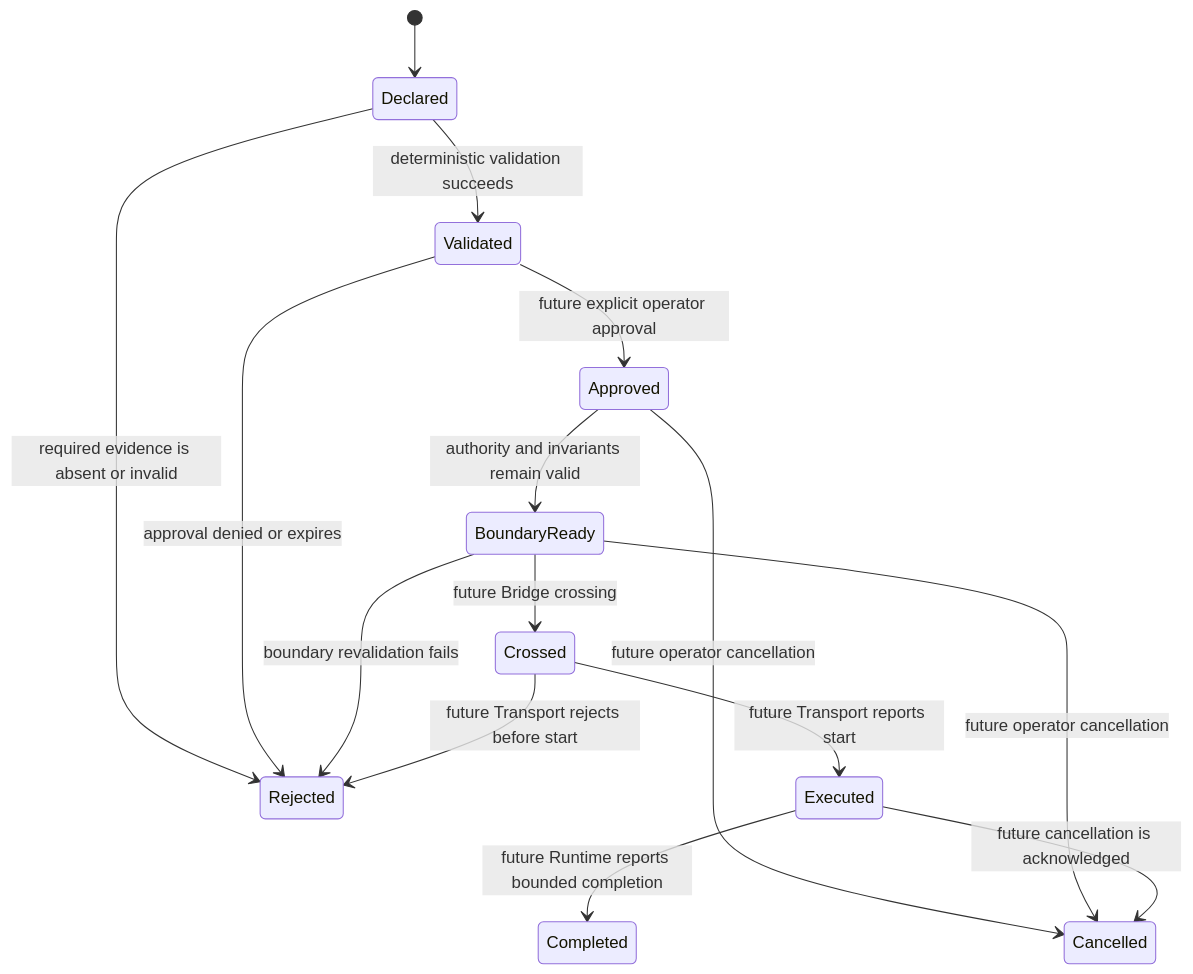
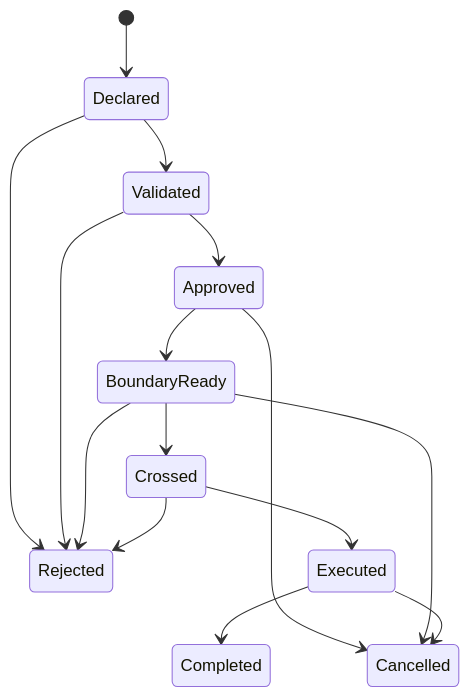
Before and after one commit to Deadpool042/loop-engine: the second of 2 diagrams in docs/architecture/execution-architecture-rfc.md, drawn with Mermaid. The commit also changed other lines of this file and 13 other files, not shown here.

````diff
--- a/docs/architecture/execution-architecture-rfc.md
+++ b/docs/architecture/execution-architecture-rfc.md
@@ -109,17 +113,17 @@
 ```mermaid
 stateDiagram-v2
   [*] --> Declared
-  Declared --> Validated: deterministic validation succeeds
-  Declared --> Rejected: required evidence is absent or invalid
-  Validated --> Approved: future explicit operator approval
-  Validated --> Rejected: approval denied or expires
-  Approved --> BoundaryReady: authority and invariants remain valid
-  Approved --> Cancelled: future operator cancellation
-  BoundaryReady --> Crossed: future Bridge crossing
-  BoundaryReady --> Rejected: boundary revalidation fails
-  BoundaryReady --> Cancelled: future operator cancellation
-  Crossed --> Executed: future Transport reports start
-  Crossed --> Rejected: future Transport rejects before start
-  Executed --> Completed: future Runtime reports bounded completion
-  Executed --> Cancelled: future cancellation is acknowledged
+  Declared --> Validated
+  Declared --> Rejected
+  Validated --> Approved
+  Validated --> Rejected
+  Approved --> BoundaryReady
+  Approved --> Cancelled
+  BoundaryReady --> Crossed
+  BoundaryReady --> Rejected
+  BoundaryReady --> Cancelled
+  Crossed --> Executed
+  Crossed --> Rejected
+  Executed --> Completed
+  Executed --> Cancelled
 ```
````
